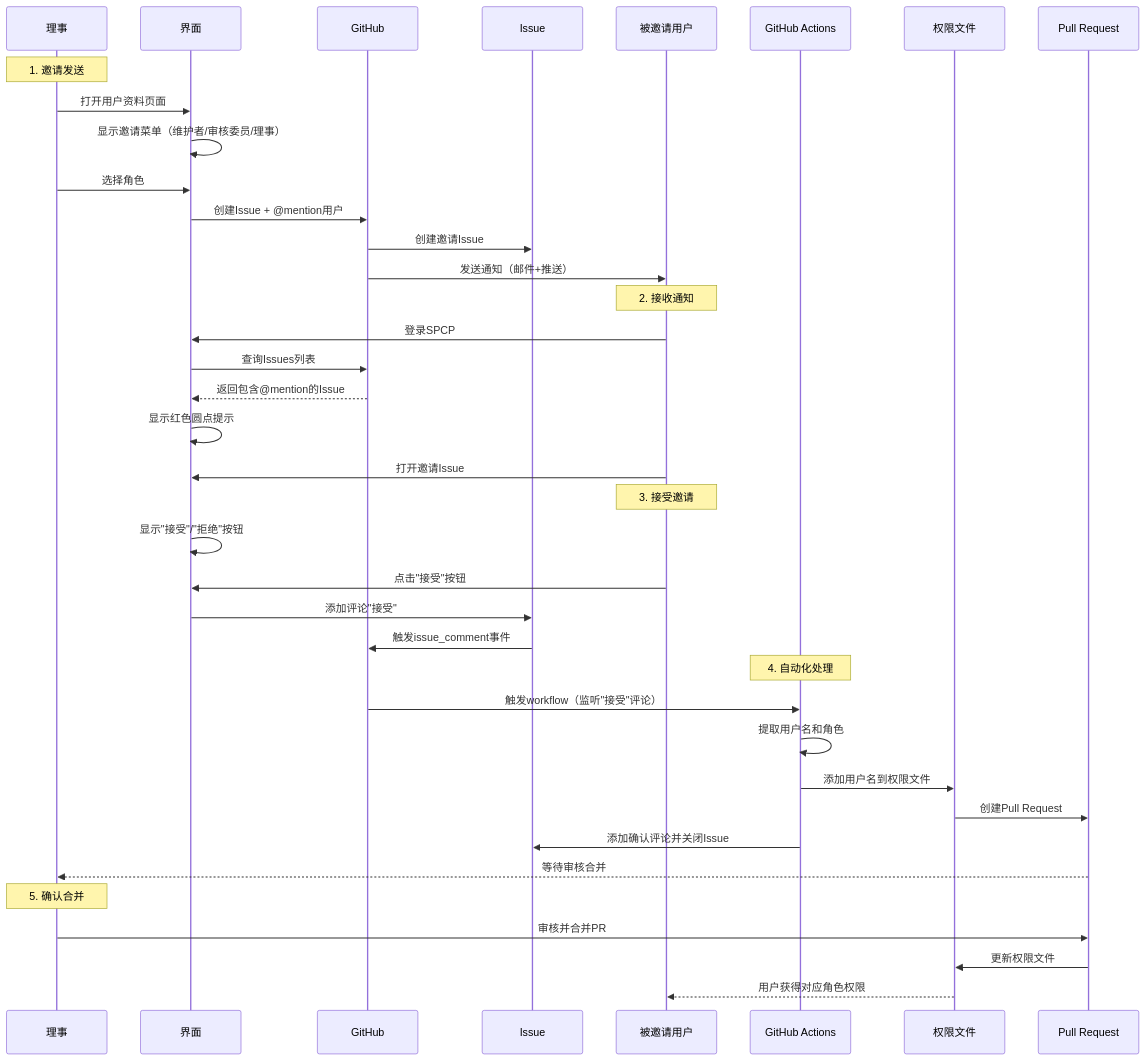
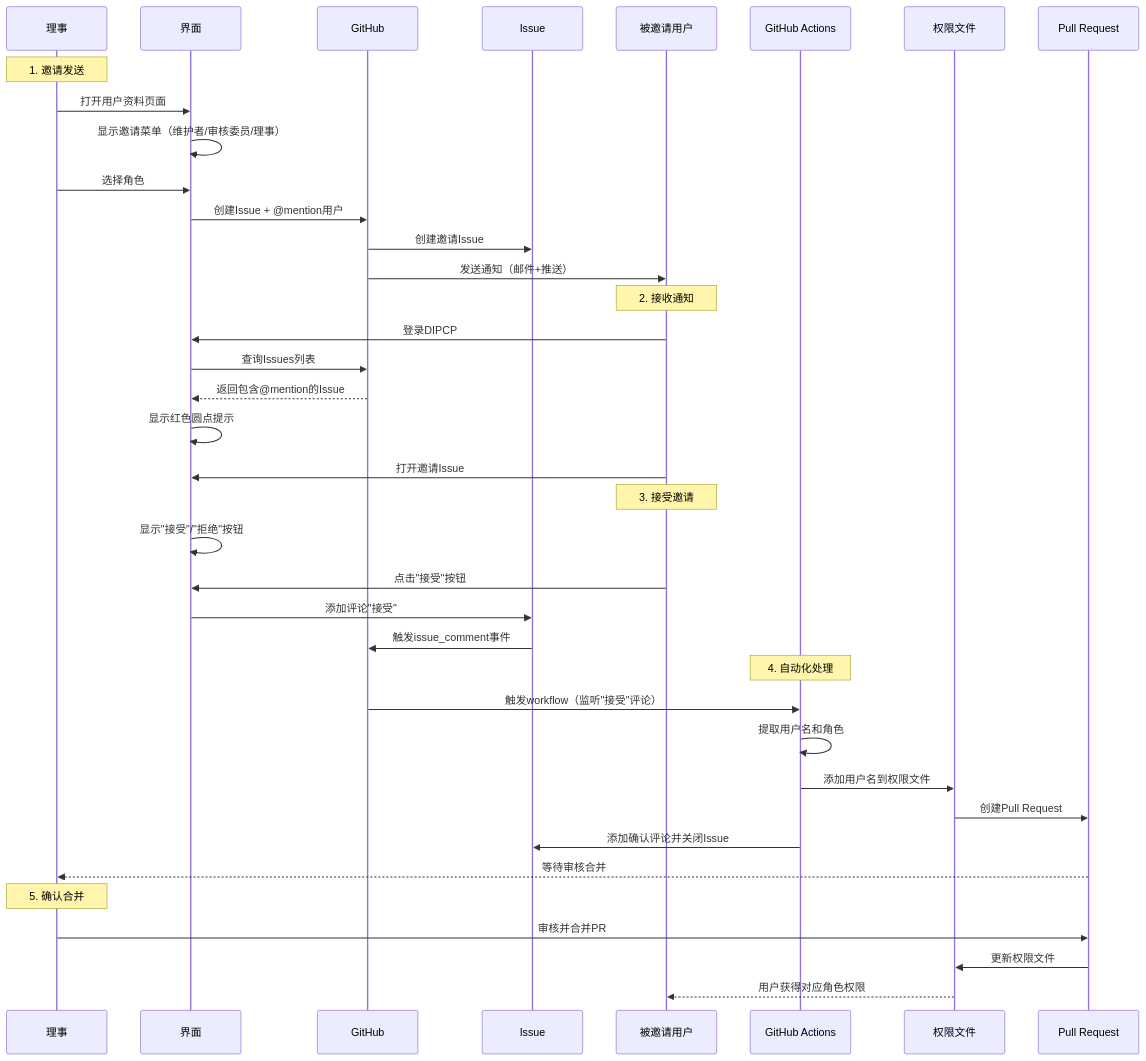
One commit to DIPCF/DIPCP changed the eighth of 8 diagrams in docs/technical-design.md. Above: the diagram before and after it, drawn with Mermaid. The commit also changed other lines of this file and 48 other files, not shown here.

````diff
--- a/docs/technical-design.md
+++ b/docs/technical-design.md
@@ -981,45 +981,45 @@
 ```mermaid
 sequenceDiagram
     participant Director as 理事
     participant UI as 界面
     participant GitHub as GitHub
     participant Issue as Issue
     participant User as 被邀请用户
     participant Actions as GitHub Actions
     participant File as 权限文件
     participant PR as Pull Request
     
     Note over Director: 1. 邀请发送
     Director->>UI: 打开用户资料页面
     UI->>UI: 显示邀请菜单（维护者/审核委员/理事）
     Director->>UI: 选择角色
     UI->>GitHub: 创建Issue + @mention用户
     GitHub->>Issue: 创建邀请Issue
     GitHub->>User: 发送通知（邮件+推送）
     
     Note over User: 2. 接收通知
-    User->>UI: 登录SPCP
+    User->>UI: 登录DIPCP
     UI->>GitHub: 查询Issues列表
     GitHub-->>UI: 返回包含@mention的Issue
     UI->>UI: 显示红色圆点提示
     User->>UI: 打开邀请Issue
     
     Note over User: 3. 接受邀请
     UI->>UI: 显示"接受"/"拒绝"按钮
     User->>UI: 点击"接受"按钮
     UI->>Issue: 添加评论"接受"
     Issue->>GitHub: 触发issue_comment事件
     
     Note over Actions: 4. 自动化处理
     GitHub->>Actions: 触发workflow（监听"接受"评论）
     Actions->>Actions: 提取用户名和角色
     Actions->>File: 添加用户名到权限文件
     File->>PR: 创建Pull Request
     Actions->>Issue: 添加确认评论并关闭Issue
     PR-->>Director: 等待审核合并
     
     Note over Director: 5. 确认合并
     Director->>PR: 审核并合并PR
     PR->>File: 更新权限文件
     File-->>User: 用户获得对应角色权限
 ```
````
